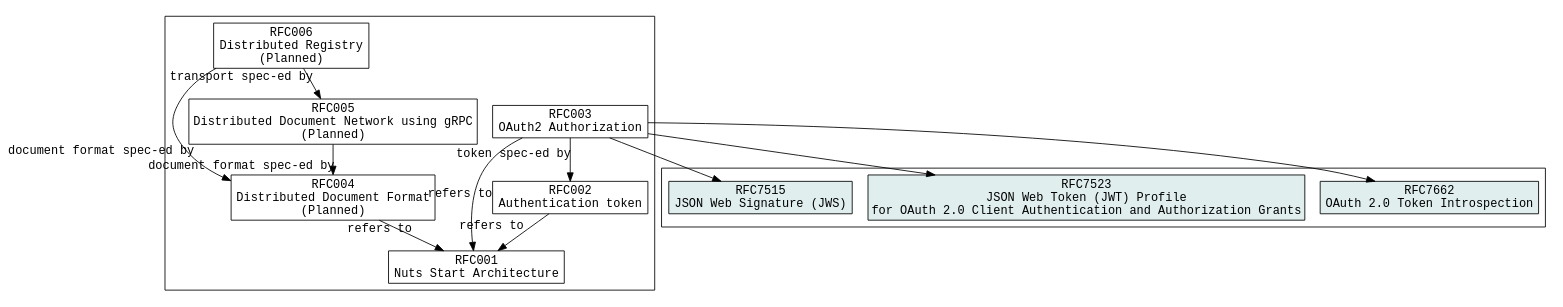
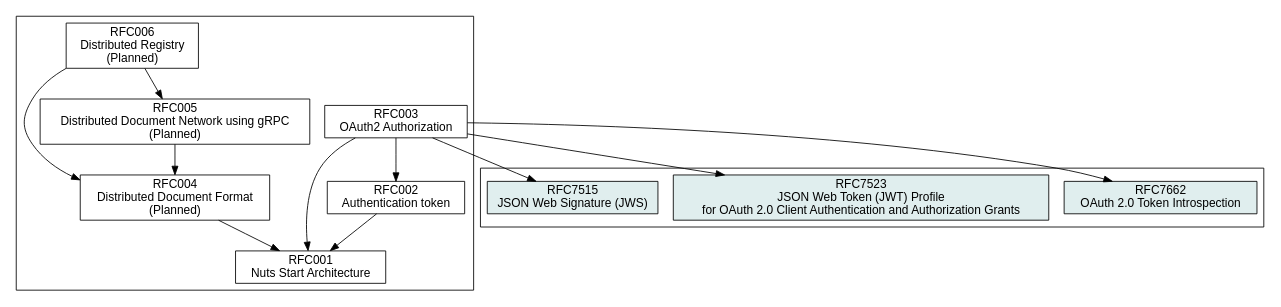
One commit to nuts-foundation/nuts-specification changed the diagram in images/spec-relations.dot. Above: the diagram before and after it, drawn with Graphviz. The commit also changed 2 other files, not shown here.

```diff
--- a/images/spec-relations.dot
+++ b/images/spec-relations.dot
@@ -1,39 +1,39 @@
 digraph D {
-    graph [fontname = "courier"];
-    node [fontname = "courier",shape=box];
-    edge [fontname = "courier"];
+    graph [fontname = "helvetica"];
+    node [fontname = "helvetica",shape=box];
+    edge [fontname = "helvetica"];
     root = RFC001;
     overlap = false;
 
     // Internal RFCs
     subgraph cluster_internal {
         RFC001 [label = "RFC001\nNuts Start Architecture",href = "rfc001-nuts-start-architecture"];
         RFC002 [label = "RFC002\nAuthentication token",href = "rfc002-authentication-token"];
         RFC003 [label = "RFC003\nOAuth2 Authorization",href = "rfc003-oauth2-authorization"];
         RFC004 [label = "RFC004\nDistributed Document Format\n(Planned)",href = "rfc004-distributed-document-format"];
         RFC005 [label = "RFC005\nDistributed Document Network using gRPC\n(Planned)",href = "rfc005-distributed-document-network-grpc"];
         RFC006 [label = "RFC006\nDistributed Registry\n(Planned)",href = "rfc006-distributed-registry"];
     }
 
     // External RFCs
     subgraph cluster_external {
         RFC7662_EXT [label = "RFC7662\nOAuth 2.0 Token Introspection", fillcolor=azure2, style=filled, href = "https://tools.ietf.org/html/rfc7662"]
         RFC7523_EXT [label = "RFC7523\nJSON Web Token (JWT) Profile\nfor OAuth 2.0 Client Authentication and Authorization Grants", fillcolor=azure2, style=filled, href = "https://tools.ietf.org/html/rfc7523"]
         RFC7515_EXT [label = "RFC7515\nJSON Web Signature (JWS)", fillcolor=azure2, style=filled, href = "https://tools.ietf.org/html/rfc7515"]
     }
 
-    RFC002 -> RFC001 [xlabel = "refers to"]
+    RFC002 -> RFC001
 
-    RFC003 -> RFC001 [xlabel = "refers to"]
-    RFC003 -> RFC002 [xlabel = "token spec-ed by"]
-    RFC003 -> RFC7662_EXT [label = ""]
-    RFC003 -> RFC7523_EXT [label = ""]
-    RFC003 -> RFC7515_EXT [label = ""]
+    RFC003 -> RFC001
+    RFC003 -> RFC002
+    RFC003 -> RFC7662_EXT
+    RFC003 -> RFC7523_EXT
+    RFC003 -> RFC7515_EXT
 
-    RFC004 -> RFC001 [xlabel = "refers to"]
+    RFC004 -> RFC001
 
-    RFC005 -> RFC004 [xlabel = "document format spec-ed by"]
+    RFC005 -> RFC004
 
-    RFC006 -> RFC004 [xlabel = "document format spec-ed by"]
-    RFC006 -> RFC005 [xlabel = "transport spec-ed by"]
+    RFC006 -> RFC004
+    RFC006 -> RFC005
 }
```
